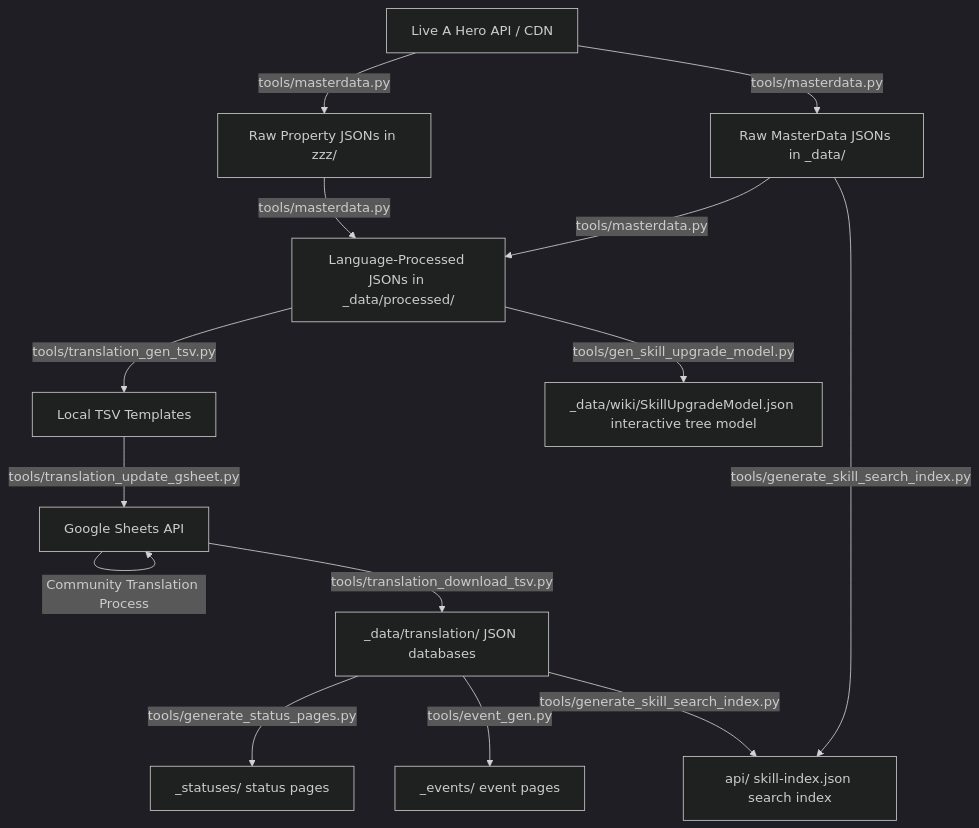
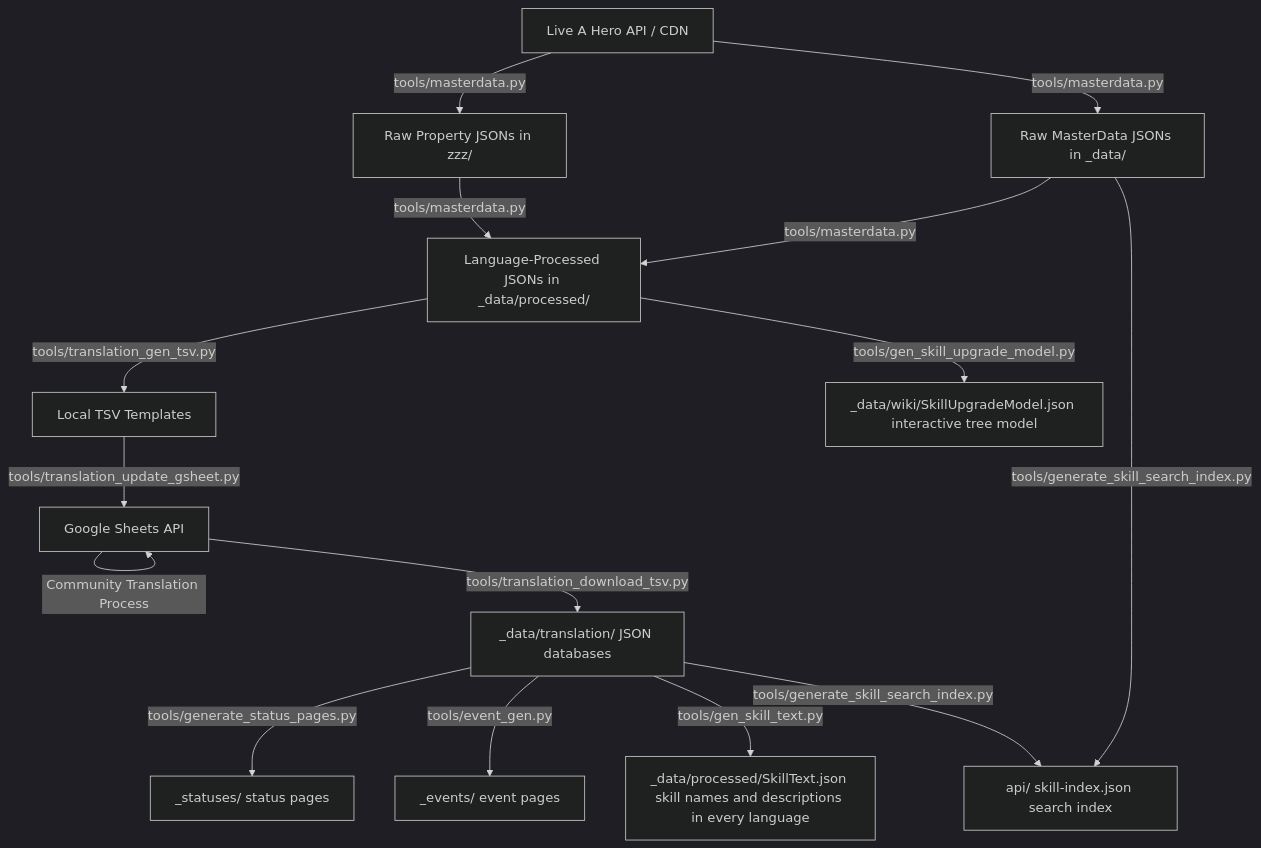
One commit to liveahero-wiki/liveahero-wiki.github.io changed the diagram in docs/PYTHON_SCRIPTS.md. Above: the diagram before and after it, drawn with Mermaid (dark theme). The commit also changed other lines of this file and 51 other files, not shown here.

````diff
--- a/docs/PYTHON_SCRIPTS.md
+++ b/docs/PYTHON_SCRIPTS.md
@@ -5,22 +5,23 @@
 ```mermaid
 graph TD
     A[Live A Hero API / CDN] -->|tools/masterdata.py| B[Raw MasterData JSONs in _data/]
     A -->|tools/masterdata.py| C[Raw Property JSONs in zzz/]
     
     C -->|tools/masterdata.py| D[Language-Processed JSONs in _data/processed/]
     B -->|tools/masterdata.py| D
     
     D -->|tools/translation_gen_tsv.py| E[Local TSV Templates]
     E -->|tools/translation_update_gsheet.py| F[Google Sheets API]
     F -->|Community Translation Process| F
     
     F -->|tools/translation_download_tsv.py| G[_data/translation/ JSON databases]
     
     G -->|tools/generate_status_pages.py| H[_statuses/ status pages]
     G -->|tools/event_gen.py| I[_events/ event pages]
     
     D -->|tools/gen_skill_upgrade_model.py| J[_data/wiki/SkillUpgradeModel.json interactive tree model]
+    G -->|tools/gen_skill_text.py| L[_data/processed/SkillText.json skill names and descriptions in every language]
 
     G -->|tools/generate_skill_search_index.py| K[api/ skill-index.json search index]
     B -->|tools/generate_skill_search_index.py| K
 ```
````
